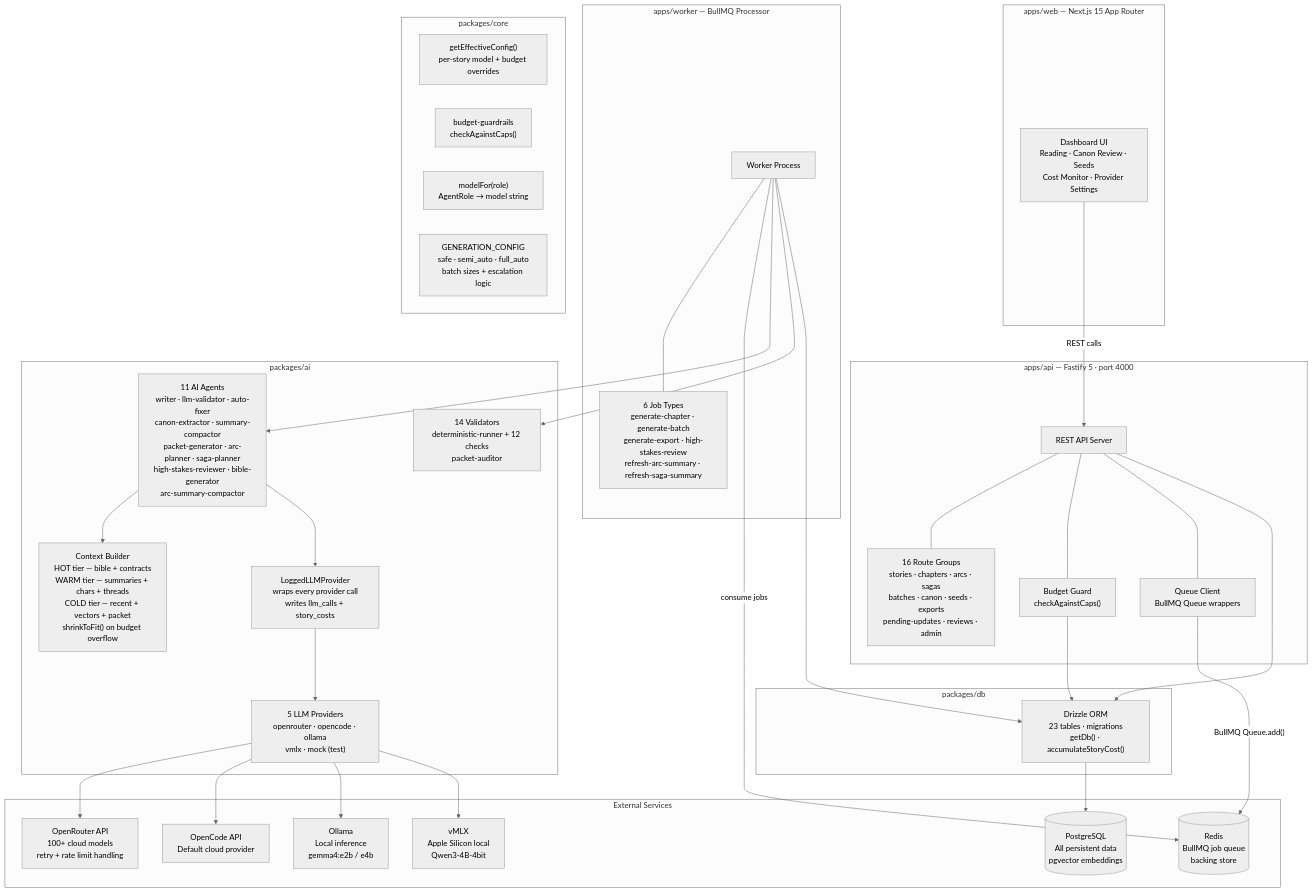
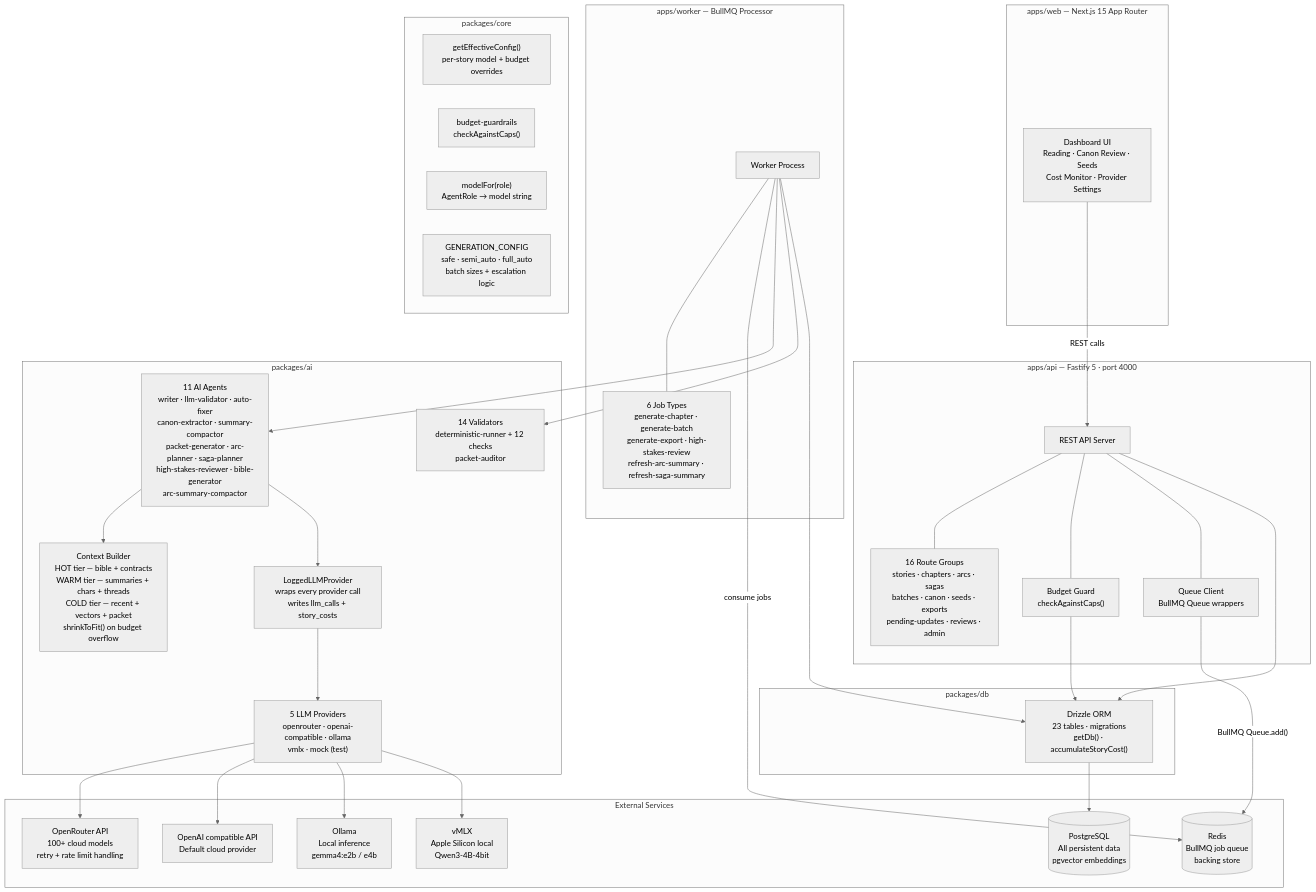
Before and after one commit to nguyenthuan155632/novel-writer: the diagram in exports/notebooklm-graph/notebooklm-graph__architecture.md, drawn with Mermaid (neutral theme). The commit also changed 36 other files, not shown here.

Commit message:
Add OpenAI-compatible provider

```diff
--- a/exports/notebooklm-graph/notebooklm-graph__architecture.md
+++ b/exports/notebooklm-graph/notebooklm-graph__architecture.md
@@ -63,7 +63,7 @@
 wraps every provider call
 writes llm_calls + story_costs"]
         PROVIDERS["5 LLM Providers
-openrouter · opencode · ollama
+openrouter · openai-compatible · ollama
 vmlx · mock (test)"]
         AGENTS --> CTXBLD
         AGENTS --> LOGGED
@@ -98,7 +98,7 @@
         OR["OpenRouter API
 100+ cloud models
 retry + rate limit handling"]
-        OC["OpenCode API
+        OC["OpenAI compatible API
 Default cloud provider"]
         OL["Ollama
 Local inference
```
